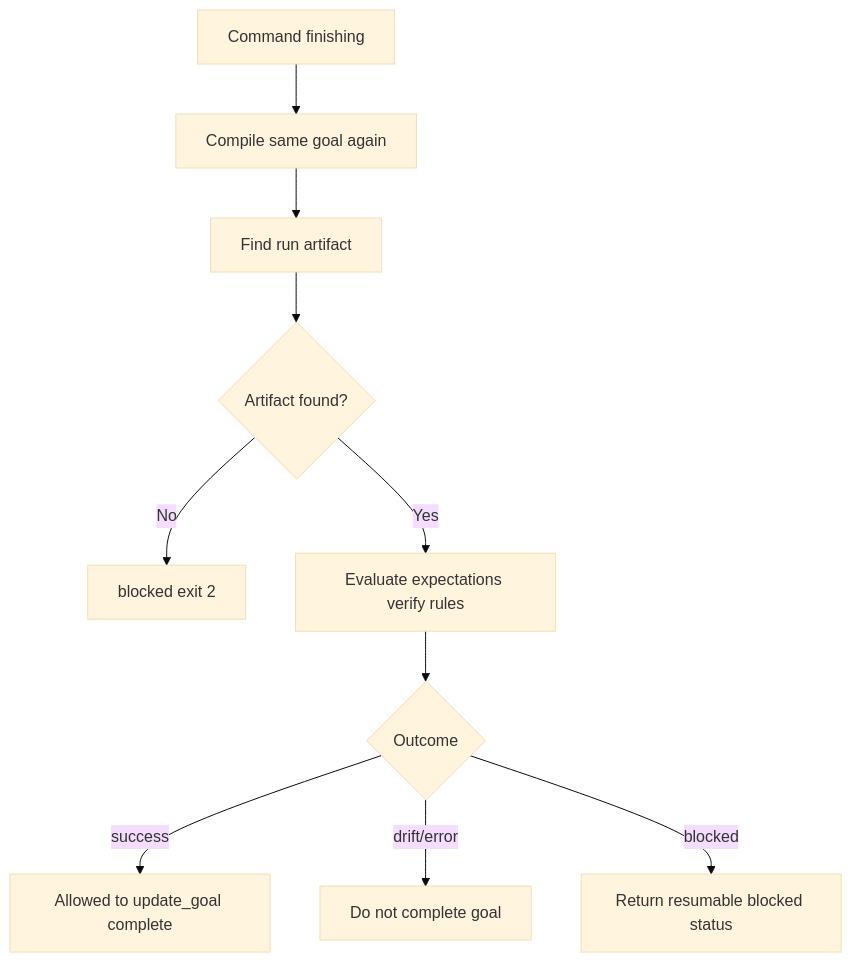
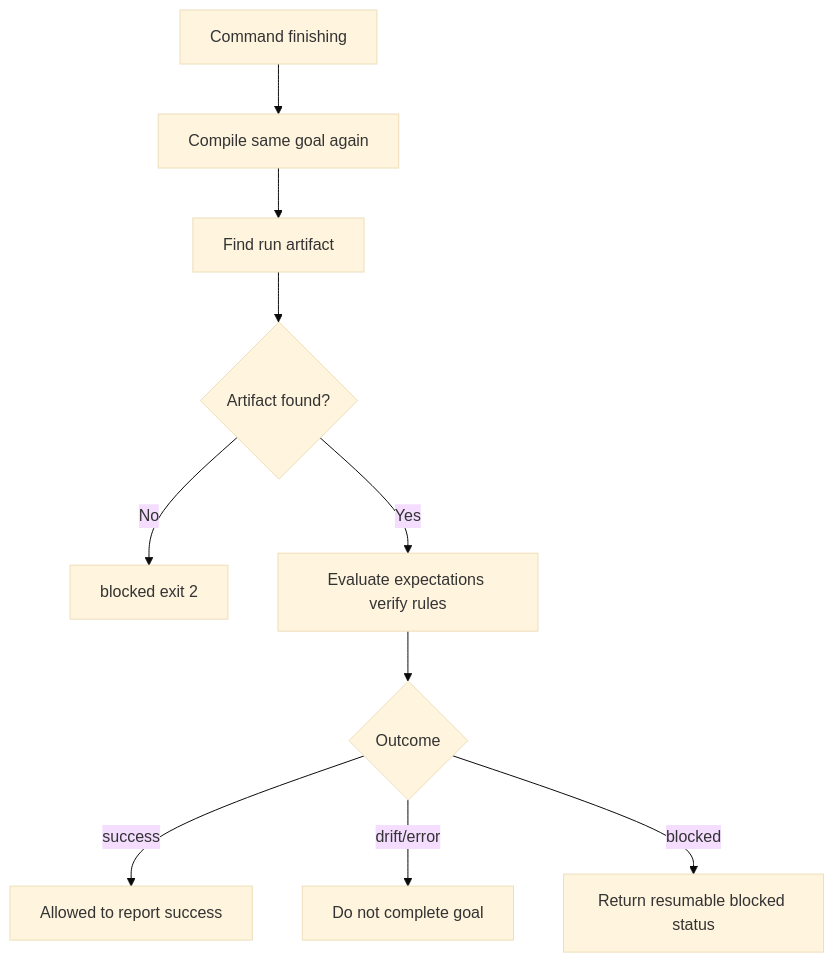
One commit to julien-m/livespec changed the second of 4 diagrams in .specs/features/052-deterministic-command-goal-contracts/spec.md. Above: the diagram before and after it, drawn with Mermaid (base theme). The commit also changed other lines of this file and 5 other files, not shown here.

````diff
--- a/.specs/features/052-deterministic-command-goal-contracts/spec.md
+++ b/.specs/features/052-deterministic-command-goal-contracts/spec.md
@@ -90,12 +90,12 @@
 ```mermaid
 flowchart TD
     A[Command finishing] --> B[Compile same goal again]
     B --> C[Find run artifact]
     C --> D{Artifact found?}
     D -- No --> E[blocked exit 2]
     D -- Yes --> F[Evaluate expectations verify rules]
     F --> G{Outcome}
-    G -- success --> H[Allowed to update_goal complete]
+    G -- success --> H[Allowed to report success]
     G -- drift/error --> I[Do not complete goal]
     G -- blocked --> J[Return resumable blocked status]
 ```
````
